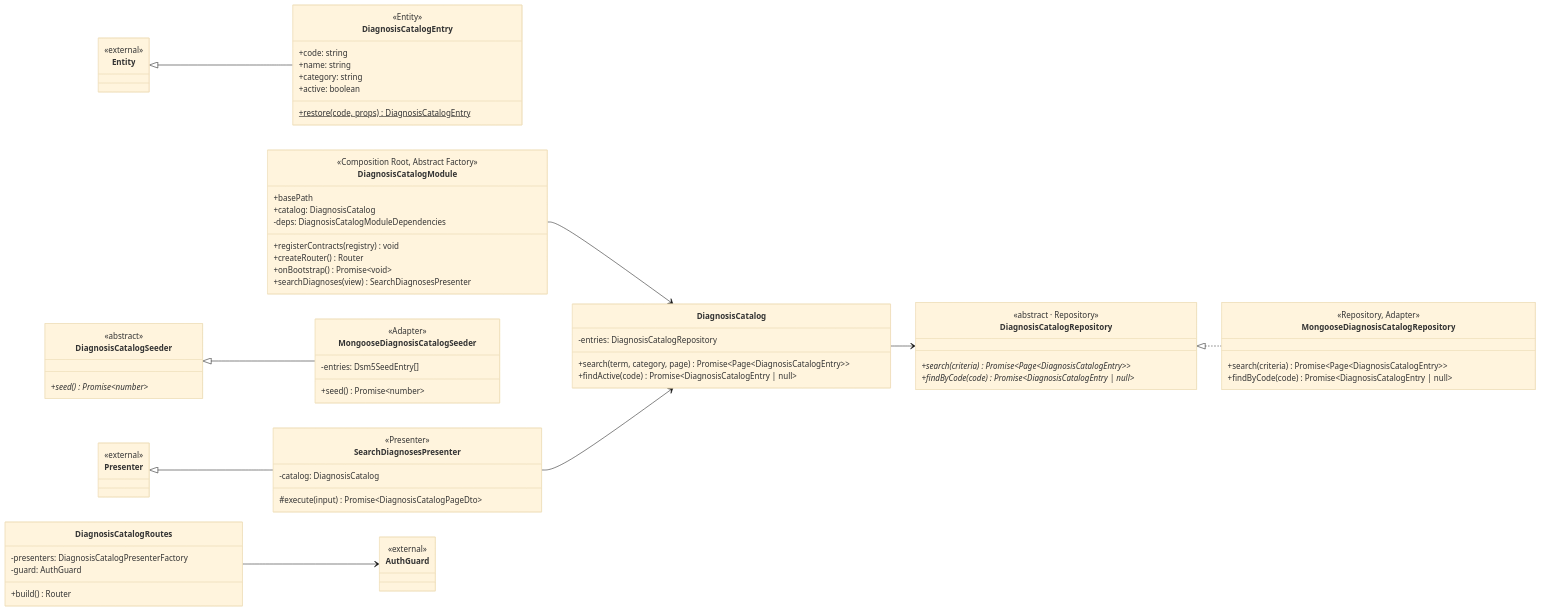
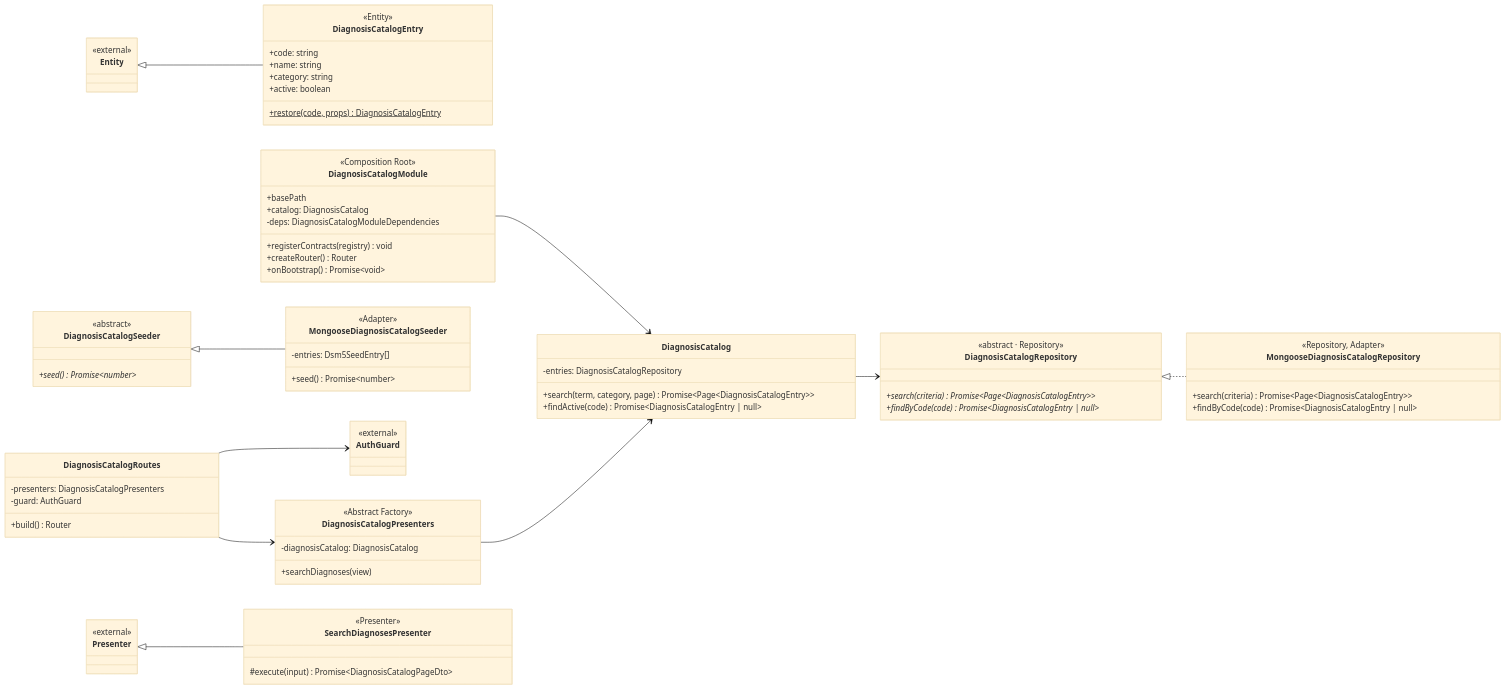
The tenth of 16 diagrams in docs/architecture/class-diagram.md (Org-Mentora/mentora-diploma), drawn with Mermaid (base theme) before and after one commit. The commit also changed other lines of this file, not shown here.

Commit message:
docs(architecture): regenerate class diagram

````diff
--- a/docs/architecture/class-diagram.md
+++ b/docs/architecture/class-diagram.md
@@ -1975,73 +1943,77 @@
 ```mermaid
 classDiagram
   direction LR
   class DiagnosisCatalog {
     -entries: DiagnosisCatalogRepository
     +search(term, category, page) Promise~Page~DiagnosisCatalogEntry~~
     +findActive(code) Promise~DiagnosisCatalogEntry | null~
   }
   class DiagnosisCatalogEntry {
     <<Entity>>
     +restore(code, props)$ DiagnosisCatalogEntry
     +code: string
     +name: string
     +category: string
     +active: boolean
   }
   class DiagnosisCatalogModule {
-    <<Composition Root, Abstract Factory>>
+    <<Composition Root>>
     +basePath
     +catalog: DiagnosisCatalog
     -deps: DiagnosisCatalogModuleDependencies
     +registerContracts(registry) void
     +createRouter() Router
     +onBootstrap() Promise~void~
-    +searchDiagnoses(view) SearchDiagnosesPresenter
+  }
+  class DiagnosisCatalogPresenters {
+    <<Abstract Factory>>
+    -diagnosisCatalog: DiagnosisCatalog
+    +searchDiagnoses(view)
   }
   class DiagnosisCatalogRepository {
     <<abstract · Repository>>
     +search(criteria)* Promise~Page~DiagnosisCatalogEntry~~
     +findByCode(code)* Promise~DiagnosisCatalogEntry | null~
   }
   class DiagnosisCatalogRoutes {
-    -presenters: DiagnosisCatalogPresenterFactory
+    -presenters: DiagnosisCatalogPresenters
     -guard: AuthGuard
     +build() Router
   }
   class DiagnosisCatalogSeeder {
     <<abstract>>
     +seed()* Promise~number~
   }
   class MongooseDiagnosisCatalogRepository {
     <<Repository, Adapter>>
     +search(criteria) Promise~Page~DiagnosisCatalogEntry~~
     +findByCode(code) Promise~DiagnosisCatalogEntry | null~
   }
   class MongooseDiagnosisCatalogSeeder {
     <<Adapter>>
     -entries: Dsm5SeedEntry[]
     +seed() Promise~number~
   }
   class SearchDiagnosesPresenter {
     <<Presenter>>
-    -catalog: DiagnosisCatalog
     #execute(input) Promise~DiagnosisCatalogPageDto~
   }
   class AuthGuard {
     <<external>>
   }
   class Entity {
     <<external>>
   }
   class Presenter {
     <<external>>
   }
   DiagnosisCatalog --> DiagnosisCatalogRepository
   DiagnosisCatalogModule --> DiagnosisCatalog
+  DiagnosisCatalogPresenters --> DiagnosisCatalog
   DiagnosisCatalogRepository <|.. MongooseDiagnosisCatalogRepository
   DiagnosisCatalogRoutes --> AuthGuard
+  DiagnosisCatalogRoutes --> DiagnosisCatalogPresenters
   DiagnosisCatalogSeeder <|-- MongooseDiagnosisCatalogSeeder
   Entity <|-- DiagnosisCatalogEntry
   Presenter <|-- SearchDiagnosesPresenter
-  SearchDiagnosesPresenter --> DiagnosisCatalog
 ```
````
